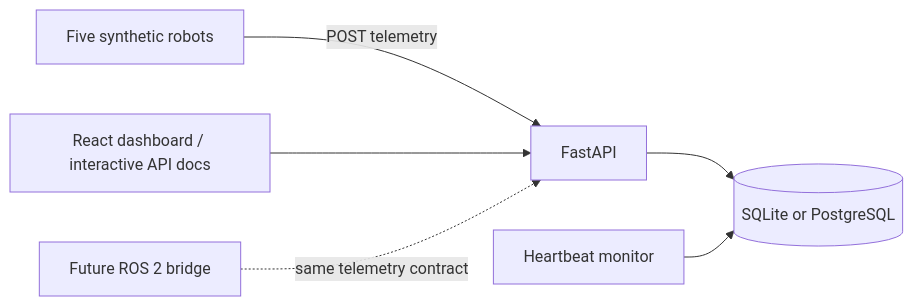
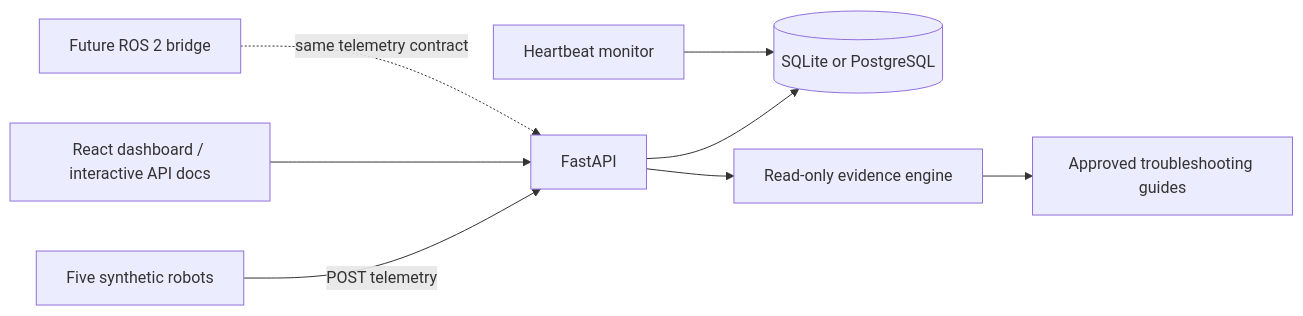
One commit to ParsaDj/ATLAS changed the diagram in docs/architecture.md. Above: the diagram before and after it, drawn with Mermaid. The commit also changed other lines of this file and 17 other files, not shown here.

````diff
--- a/docs/architecture.md
+++ b/docs/architecture.md
@@ -3,8 +3,10 @@
 ```mermaid
 flowchart LR
   Simulator[Five synthetic robots] -->|POST telemetry| API[FastAPI]
   API --> DB[(SQLite or PostgreSQL)]
+  API --> Investigator[Read-only evidence engine]
+  Investigator --> Guides[Approved troubleshooting guides]
   Monitor[Heartbeat monitor] --> DB
   Operator[React dashboard / interactive API docs] --> API
   Future[Future ROS 2 bridge] -. same telemetry contract .-> API
 ```
````
